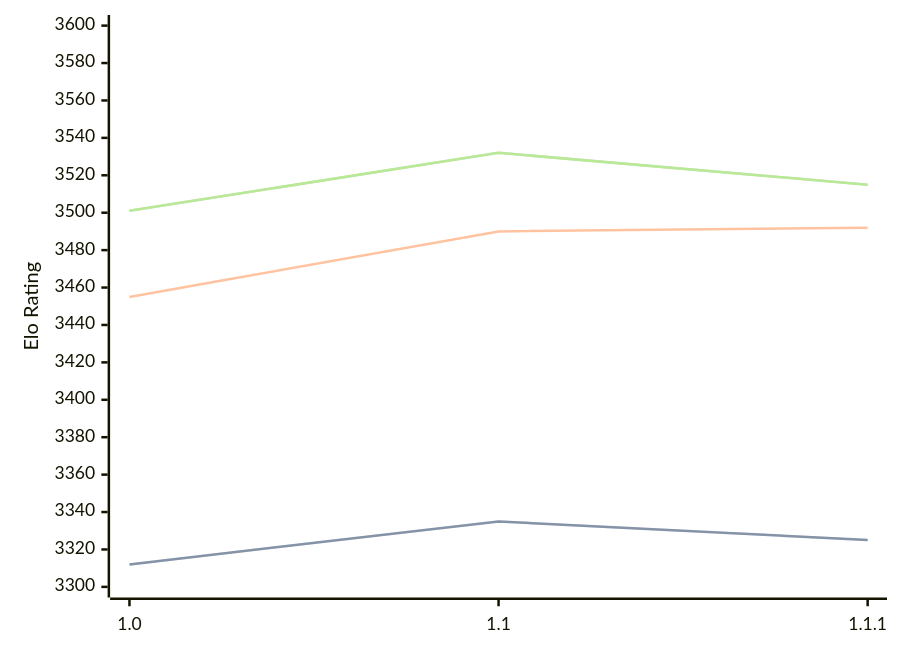
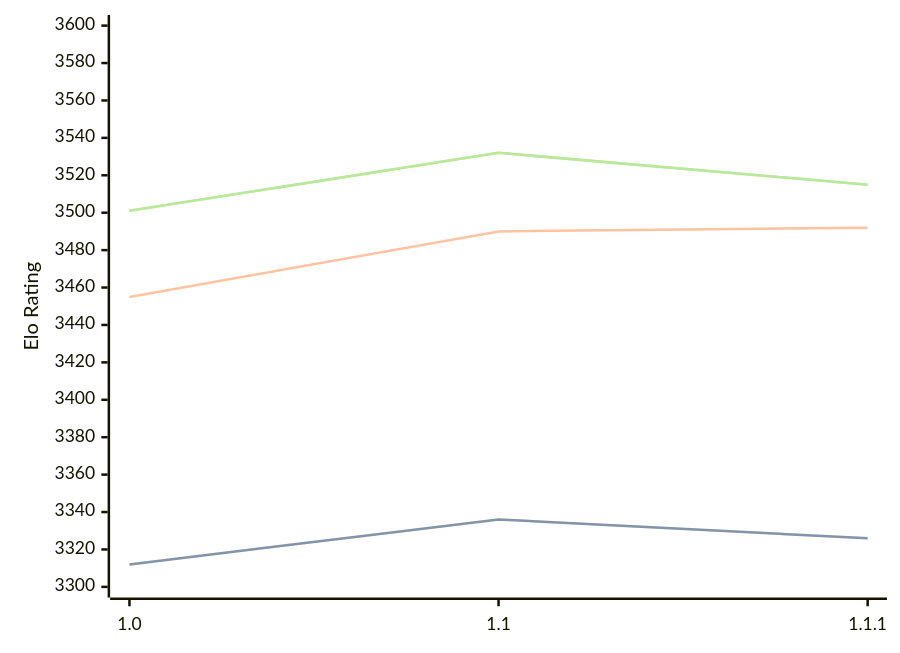
The diagram in engines/Icarus.md (computer-chess-index/cci), drawn with Mermaid before and after one commit. The commit also changed other lines of this file, not shown here.

````diff
--- a/engines/Icarus.md
+++ b/engines/Icarus.md
@@ -33,11 +33,11 @@
 ```mermaid
 %%{init: {"theme":"base","themeVariables":{"seriesColors:['#a3a3a3','#222221','#faa371']}}}%%
 xychart-beta
   x-axis ["1.0", "1.1", "1.1.1"]
   y-axis "Elo Rating" 3300 --> 3600
-  line "STC (8.0+0.08s)" [3312, 3335, 3325]
-  line "STC (8.0+0.08s)" [3312, 3335, 3325]
+  line "STC (8.0+0.08s)" [3312, 3336, 3326]
+  line "STC (8.0+0.08s)" [3312, 3336, 3326]
   line "LTC (60.0+0.60s)" [3455, 3490, 3492]
   line "VLTC (2m24s+1.12s)" [3501, 3532, 3515]
   line "VLTC (2m24s+1.12s)" [3501, 3532, 3515]
 ```
````
